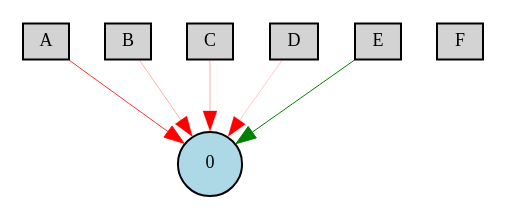
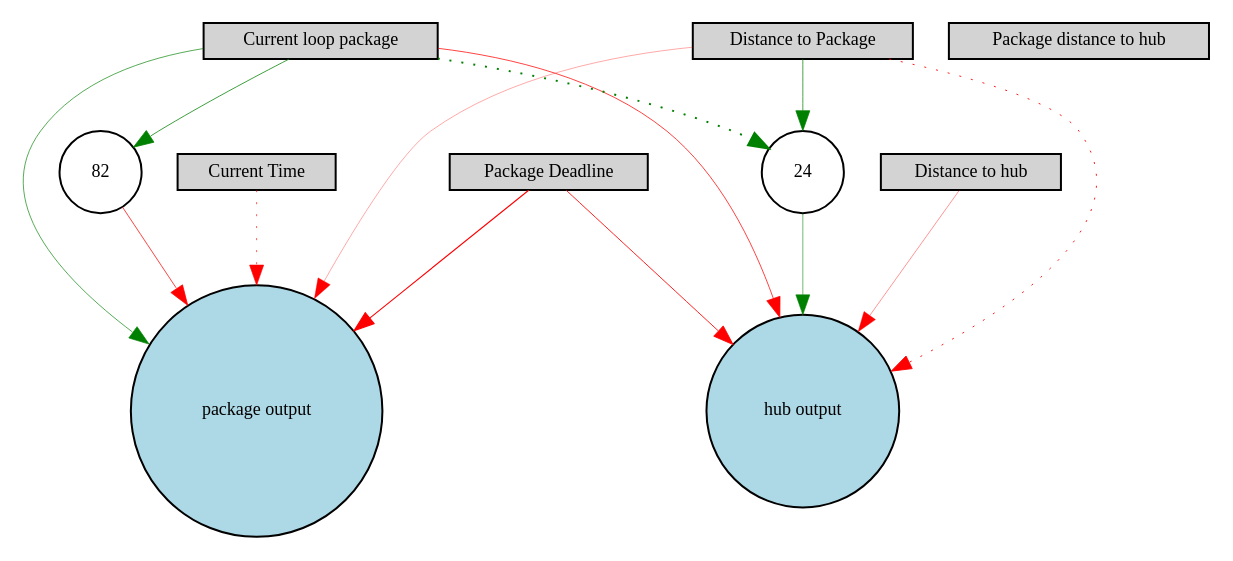
One commit to karkic/NNEWanderingSalesman changed the diagram in Digraph.gv. Above: the diagram before and after it, drawn with Graphviz. The commit also changed 14 other files, not shown here.

```diff
--- a/Digraph.gv
+++ b/Digraph.gv
@@ -1,15 +1,26 @@
 digraph {
 	node [fontsize=9 height=0.2 shape=circle width=0.2]
-	A [fillcolor=lightgray shape=box style=filled]
-	B [fillcolor=lightgray shape=box style=filled]
-	C [fillcolor=lightgray shape=box style=filled]
-	D [fillcolor=lightgray shape=box style=filled]
-	E [fillcolor=lightgray shape=box style=filled]
-	F [fillcolor=lightgray shape=box style=filled]
-	0 [fillcolor=lightblue style=filled]
-	A -> 0 [color=red penwidth=0.4069677455732946 style=solid]
-	B -> 0 [color=red penwidth=0.1576829008453681 style=solid]
-	C -> 0 [color=red penwidth=0.15629814200133366 style=solid]
-	D -> 0 [color=red penwidth=0.10862061423499292 style=solid]
-	E -> 0 [color=green penwidth=0.5012137006132098 style=solid]
+	"Distance to Package" [fillcolor=lightgray shape=box style=filled]
+	"Package distance to hub" [fillcolor=lightgray shape=box style=filled]
+	"Current loop package" [fillcolor=lightgray shape=box style=filled]
+	"Distance to hub" [fillcolor=lightgray shape=box style=filled]
+	"Current Time" [fillcolor=lightgray shape=box style=filled]
+	"Package Deadline" [fillcolor=lightgray shape=box style=filled]
+	"package output" [fillcolor=lightblue style=filled]
+	"hub output" [fillcolor=lightblue style=filled]
+	82 [fillcolor=white style=filled]
+	24 [fillcolor=white style=filled]
+	"Distance to Package" -> "package output" [color=red penwidth=0.17414536915216267 style=solid]
+	"Distance to Package" -> "hub output" [color=red penwidth=0.4462803651306213 style=dotted]
+	"Current loop package" -> "package output" [color=green penwidth=0.33472874458251456 style=solid]
+	"Current loop package" -> "hub output" [color=red penwidth=0.37100947648578897 style=solid]
+	"Distance to hub" -> "hub output" [color=red penwidth=0.2095907001878054 style=solid]
+	"Current Time" -> "package output" [color=red penwidth=0.33136894617549817 style=dotted]
+	"Package Deadline" -> "package output" [color=red penwidth=0.5450315841923083 style=solid]
+	"Package Deadline" -> "hub output" [color=red penwidth=0.42787697943344416 style=solid]
+	"Distance to Package" -> 24 [color=green penwidth=0.3624533961879055 style=solid]
+	24 -> "hub output" [color=green penwidth=0.2827475327467943 style=solid]
+	"Current loop package" -> 24 [color=green penwidth=0.9734275011499125 style=dotted]
+	"Current loop package" -> 82 [color=green penwidth=0.381331327265253 style=solid]
+	82 -> "package output" [color=red penwidth=0.36632744469221534 style=solid]
 }
```
